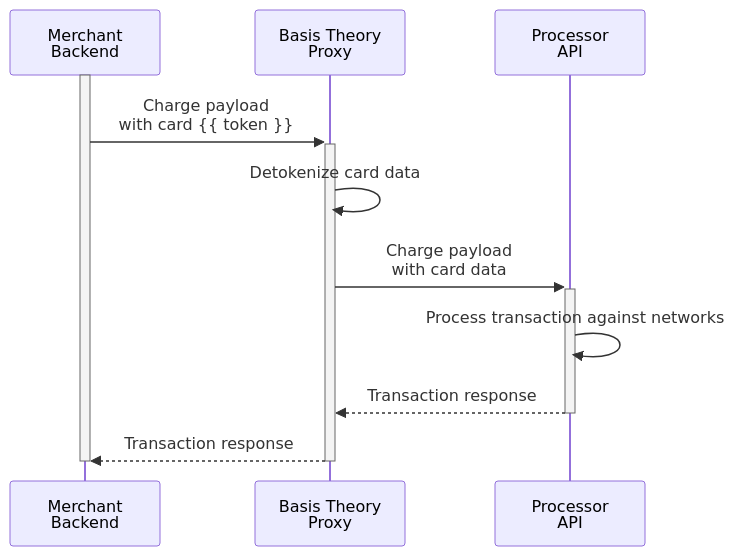
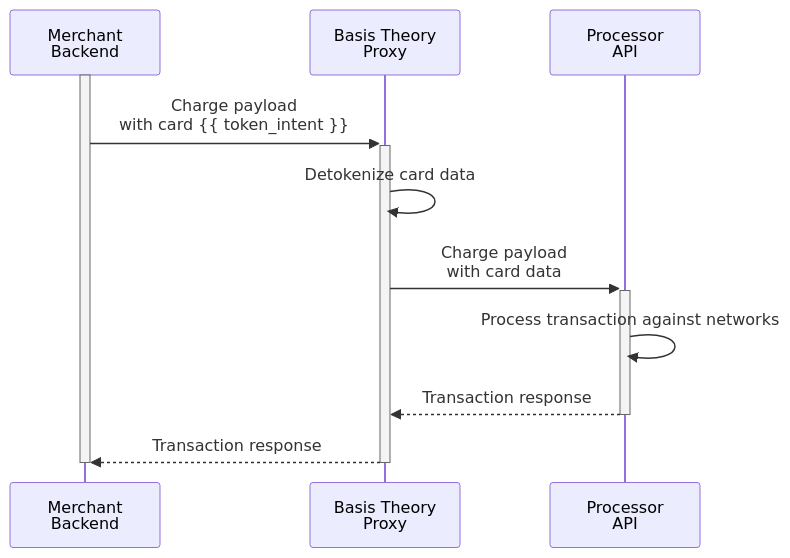
The diagram in docs/card-payments/charge-card.mdx (Basis-Theory/developers.basistheory.com), drawn with Mermaid before and after one commit. The commit also changed 5 other files, not shown here.

````diff
--- a/docs/card-payments/charge-card.mdx
+++ b/docs/card-payments/charge-card.mdx
@@ -22,15 +22,15 @@
 ```mermaid
   sequenceDiagram
     participant backend as Merchant<br>Backend
     participant btp as Basis Theory<br>Proxy
     participant psp as Processor<br>API
 
     activate backend
-    backend ->>+ btp: Charge payload<br>with card {{ token }}
+    backend ->>+ btp: Charge payload<br>with card {{ token_intent }}
     btp ->> btp: Detokenize card data
     btp ->>+ psp: Charge payload<br>with card data
     psp ->> psp: Process transaction against networks
     psp -->>- btp: Transaction response
     btp -->>- backend: Transaction response
     deactivate backend
 ```
````
